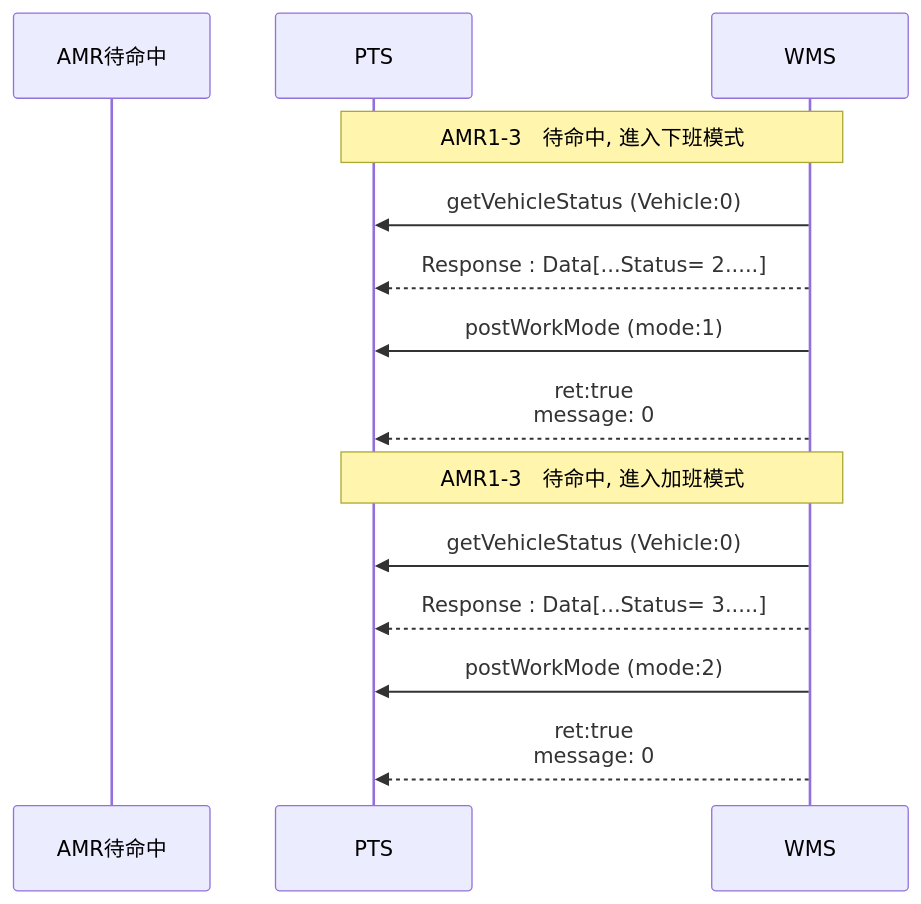
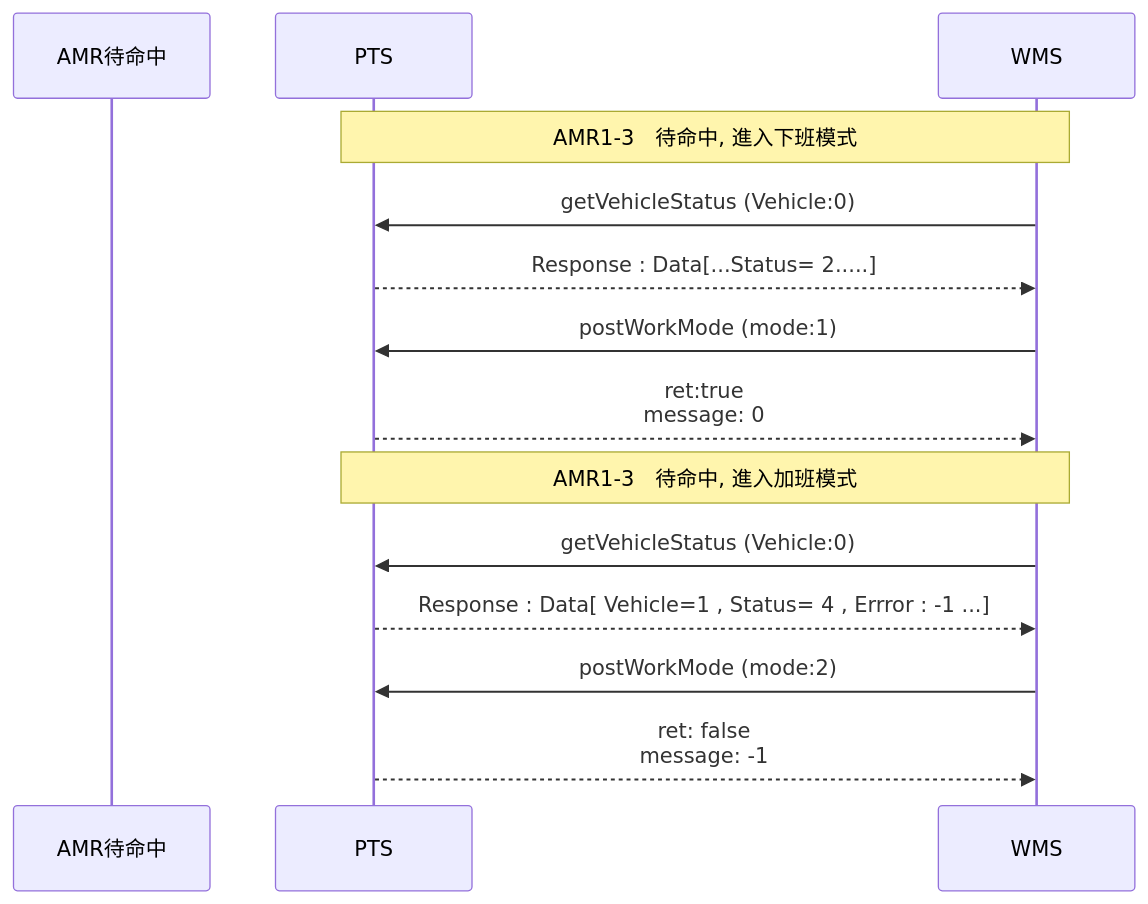
Before and after one commit to athena-tircgo/amr-wms-lsj: the eighth of 9 diagrams in README.md, drawn with Mermaid. The commit also changed other lines of this file, not shown here.

````diff
--- a/README.md
+++ b/README.md
@@ -444,22 +444,22 @@
 ```mermaid
 sequenceDiagram
     participant AMR待命中
     participant PTS
     participant WMS
 
 note over PTS,WMS: AMR1-3　待命中, 進入下班模式
 
      WMS->>PTS:getVehicleStatus (Vehicle:0)
-     WMS-->>PTS : Response :  Data[...Status= 2.....]
+     PTS-->>WMS : Response :  Data[...Status= 2.....]
 
      WMS->>PTS: postWorkMode (mode:1)
-     WMS-->>PTS : ret:true <br> message: 0
+     PTS-->>WMS : ret:true <br> message: 0
 
 
 note over PTS,WMS:  AMR1-3　待命中, 進入加班模式
 　　　WMS->>PTS:getVehicleStatus (Vehicle:0)
-     WMS-->>PTS : Response :  Data[...Status= 3.....]
+     PTS-->>WMS : Response :  Data[ Vehicle=1 , Status= 4 , Errror : -1 ...]
 
      WMS->>PTS: postWorkMode (mode:2)
-     WMS-->>PTS : ret:true <br> message: 0
+     PTS-->>WMS : ret: false <br> message: -1
 ```
````
